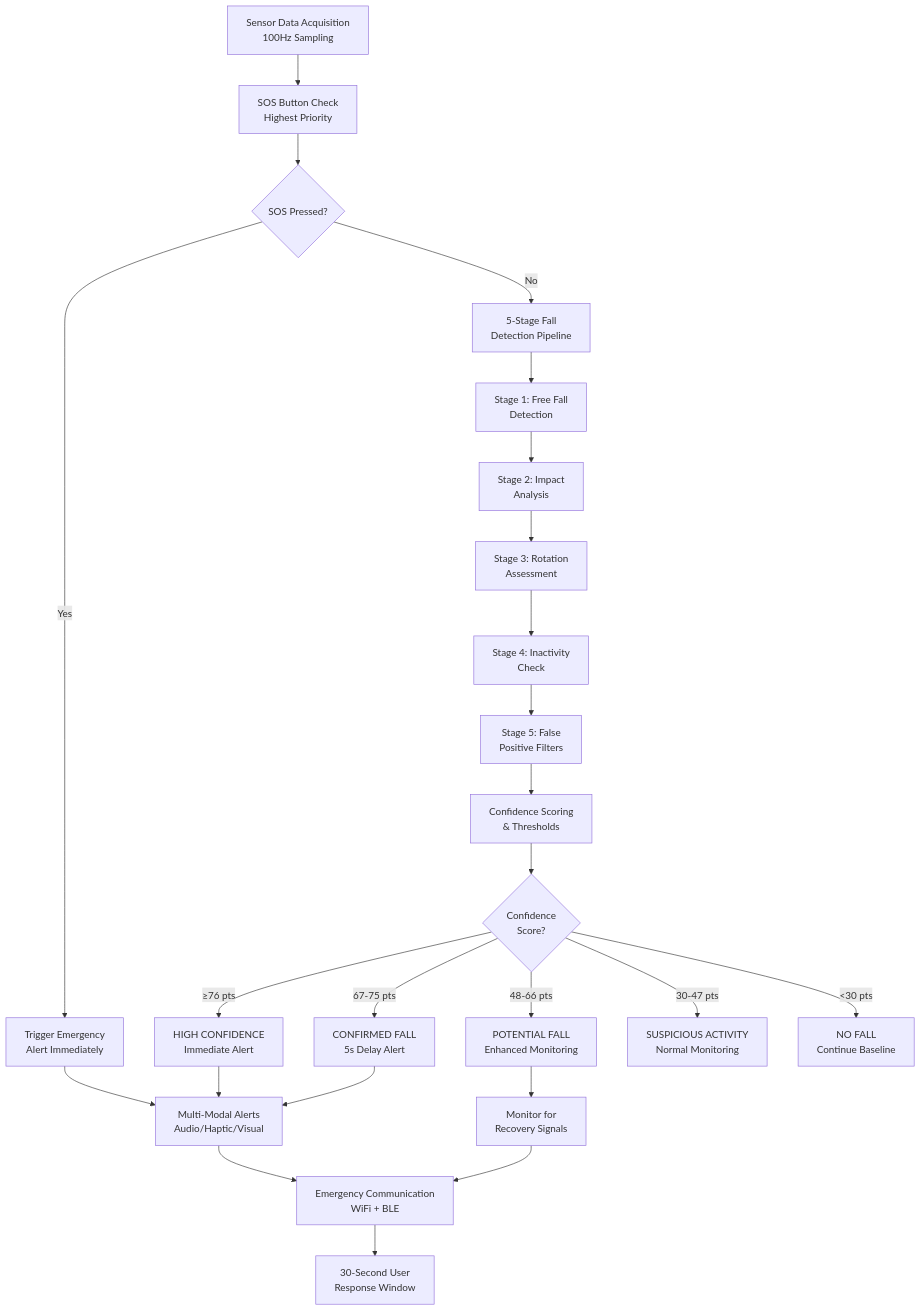
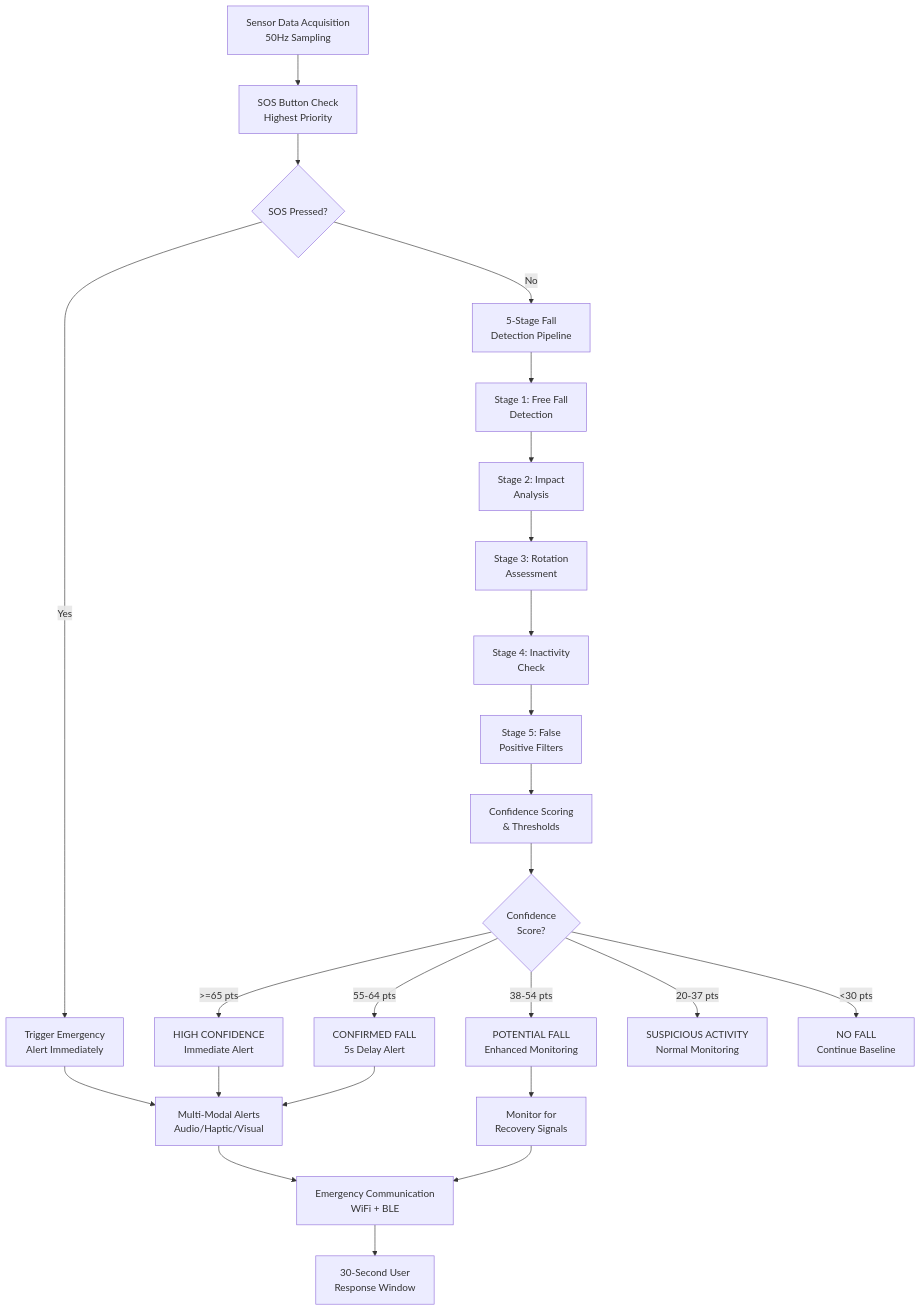
Before and after one commit to Smart-Fall/Hardware: the first of 3 diagrams in docs/algorithm/overview.md, drawn with Mermaid. The commit also changed other lines of this file and 18 other files, not shown here.

````diff
--- a/docs/algorithm/overview.md
+++ b/docs/algorithm/overview.md
@@ -25,33 +29,33 @@
 ```mermaid
 graph TD
-    A["Sensor Data Acquisition<br/>100Hz Sampling"] --> B["SOS Button Check<br/>Highest Priority"]
+   A["Sensor Data Acquisition<br/>50Hz Sampling"] --> B["SOS Button Check<br/>Highest Priority"]
     B --> C{SOS Pressed?}
     C -->|Yes| D["Trigger Emergency<br/>Alert Immediately"]
     C -->|No| E["5-Stage Fall<br/>Detection Pipeline"]
 
     E --> F["Stage 1: Free Fall<br/>Detection"]
     F --> G["Stage 2: Impact<br/>Analysis"]
     G --> H["Stage 3: Rotation<br/>Assessment"]
     H --> I["Stage 4: Inactivity<br/>Check"]
     I --> J["Stage 5: False<br/>Positive Filters"]
 
     J --> K["Confidence Scoring<br/>& Thresholds"]
     K --> L{Confidence<br/>Score?}
 
-    L -->|≥76 pts| M["HIGH CONFIDENCE<br/>Immediate Alert"]
-    L -->|67-75 pts| N["CONFIRMED FALL<br/>5s Delay Alert"]
-    L -->|48-66 pts| O["POTENTIAL FALL<br/>Enhanced Monitoring"]
-    L -->|30-47 pts| P["SUSPICIOUS ACTIVITY<br/>Normal Monitoring"]
+   L -->|>=65 pts| M["HIGH CONFIDENCE<br/>Immediate Alert"]
+   L -->|55-64 pts| N["CONFIRMED FALL<br/>5s Delay Alert"]
+   L -->|38-54 pts| O["POTENTIAL FALL<br/>Enhanced Monitoring"]
+   L -->|20-37 pts| P["SUSPICIOUS ACTIVITY<br/>Normal Monitoring"]
     L -->|<30 pts| Q["NO FALL<br/>Continue Baseline"]
 
     M --> R["Multi-Modal Alerts<br/>Audio/Haptic/Visual"]
     N --> R
     O --> S["Monitor for<br/>Recovery Signals"]
 
     R --> T["Emergency Communication<br/>WiFi + BLE"]
     S --> T
 
     T --> U["30-Second User<br/>Response Window"]
 
     D --> R
 ```
````
